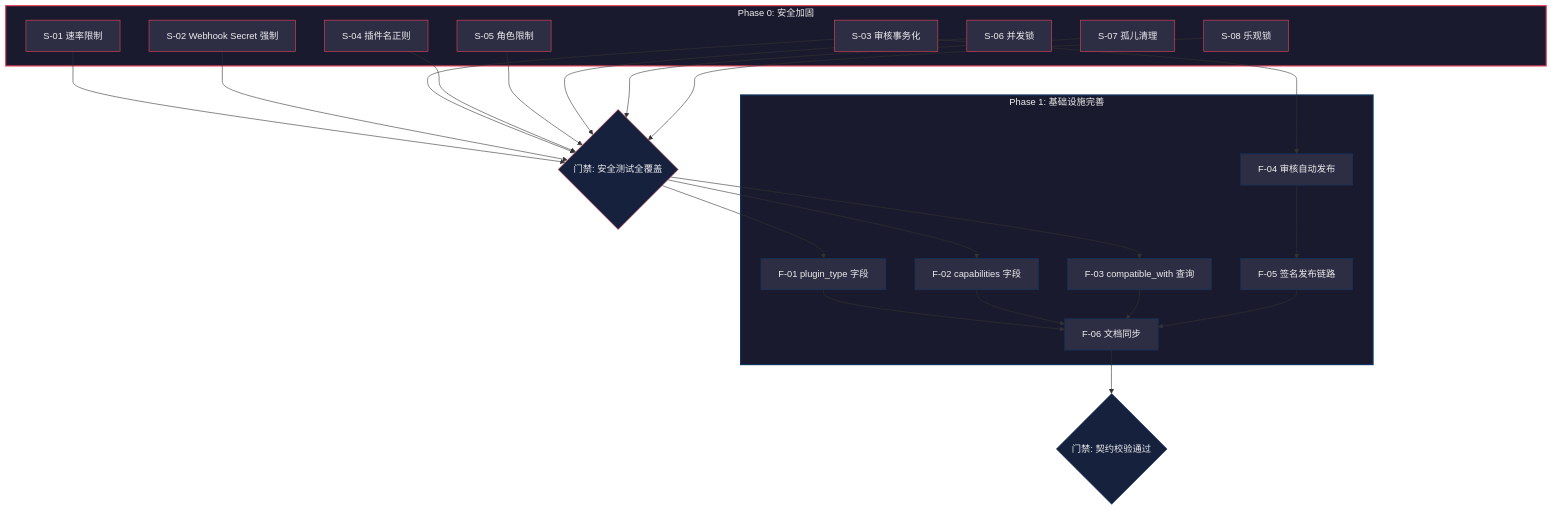
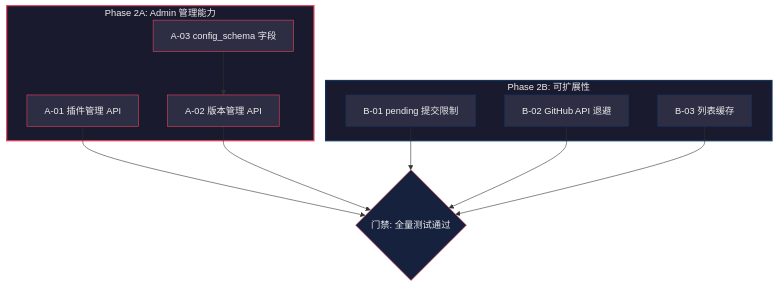
Before and after one commit to IanShaw027/sub2api-plugin-market: the diagram in docs/FIX-PLAN-AND-CHECKLIST.md, drawn with Mermaid. The commit also changed other lines of this file and 21 other files, not shown here.

First line of the commit message:
feat: Phase 2 — Admin 管理能力、数据完整性与可扩展性增强

````diff
--- a/docs/FIX-PLAN-AND-CHECKLIST.md
+++ b/docs/FIX-PLAN-AND-CHECKLIST.md
@@ -361,67 +135,33 @@
 ```mermaid
 graph TD
-    subgraph Phase_0["Phase 0: 安全加固"]
-        S01["S-01 速率限制"]
-        S02["S-02 Webhook Secret 强制"]
-        S03["S-03 审核事务化"]
-        S04["S-04 插件名正则"]
-        S05["S-05 角色限制"]
-        S06["S-06 并发锁"]
-        S07["S-07 孤儿清理"]
-        S08["S-08 乐观锁"]
+    subgraph Phase_2A["Phase 2A: Admin 管理能力"]
+        A01["A-01 插件管理 API"]
+        A02["A-02 版本管理 API"]
+        A03["A-03 config_schema 字段"]
     end
 
-    GATE_P0{"门禁: 安全测试全覆盖"}
-
-    subgraph Phase_1["Phase 1: 基础设施完善"]
-        F01["F-01 plugin_type 字段"]
-        F02["F-02 capabilities 字段"]
-        F03["F-03 compatible_with 查询"]
-        F04["F-04 审核自动发布"]
-        F05["F-05 签名发布链路"]
-        F06["F-06 文档同步"]
+    subgraph Phase_2B["Phase 2B: 可扩展性"]
+        B01["B-01 pending 提交限制"]
+        B02["B-02 GitHub API 退避"]
+        B03["B-03 列表缓存"]
     end
 
-    GATE_P1{"门禁: 契约校验通过"}
+    GATE{"门禁: 全量测试通过"}
 
-    S01 --> GATE_P0
-    S02 --> GATE_P0
-    S03 --> GATE_P0
-    S04 --> GATE_P0
-    S05 --> GATE_P0
-    S06 --> GATE_P0
-    S07 --> GATE_P0
-    S08 --> GATE_P0
+    A01 --> GATE
+    A02 --> GATE
+    A03 --> A02
+    B01 --> GATE
+    B02 --> GATE
+    B03 --> GATE
 
-    GATE_P0 --> F01
-    GATE_P0 --> F02
-    GATE_P0 --> F03
-
-    S03 --> F04
-    F04 --> F05
-    F01 --> F06
-    F02 --> F06
-    F03 --> F06
-    F05 --> F06
-
-    F06 --> GATE_P1
-
-    style Phase_0 fill:#1a1a2e,stroke:#e94560,stroke-width:2px,color:#eee
-    style Phase_1 fill:#1a1a2e,stroke:#0f3460,stroke-width:2px,color:#eee
-    style GATE_P0 fill:#16213e,stroke:#e94560,color:#eee
-    style GATE_P1 fill:#16213e,stroke:#0f3460,color:#eee
-    style S01 fill:#2d2d44,stroke:#e94560,color:#eee
-    style S02 fill:#2d2d44,stroke:#e94560,color:#eee
-    style S03 fill:#2d2d44,stroke:#e94560,color:#eee
-    style S04 fill:#2d2d44,stroke:#e94560,color:#eee
-    style S05 fill:#2d2d44,stroke:#e94560,color:#eee
-    style S06 fill:#2d2d44,stroke:#e94560,color:#eee
-    style S07 fill:#2d2d44,stroke:#e94560,color:#eee
-    style S08 fill:#2d2d44,stroke:#e94560,color:#eee
-    style F01 fill:#2d2d44,stroke:#0f3460,color:#eee
-    style F02 fill:#2d2d44,stroke:#0f3460,color:#eee
-    style F03 fill:#2d2d44,stroke:#0f3460,color:#eee
-    style F04 fill:#2d2d44,stroke:#0f3460,color:#eee
-    style F05 fill:#2d2d44,stroke:#0f3460,color:#eee
-    style F06 fill:#2d2d44,stroke:#0f3460,color:#eee
+    style Phase_2A fill:#1a1a2e,stroke:#e94560,stroke-width:2px,color:#eee
+    style Phase_2B fill:#1a1a2e,stroke:#0f3460,stroke-width:2px,color:#eee
+    style GATE fill:#16213e,stroke:#e94560,color:#eee
+    style A01 fill:#2d2d44,stroke:#e94560,color:#eee
+    style A02 fill:#2d2d44,stroke:#e94560,color:#eee
+    style A03 fill:#2d2d44,stroke:#e94560,color:#eee
+    style B01 fill:#2d2d44,stroke:#0f3460,color:#eee
+    style B02 fill:#2d2d44,stroke:#0f3460,color:#eee
+    style B03 fill:#2d2d44,stroke:#0f3460,color:#eee
 ```
````
